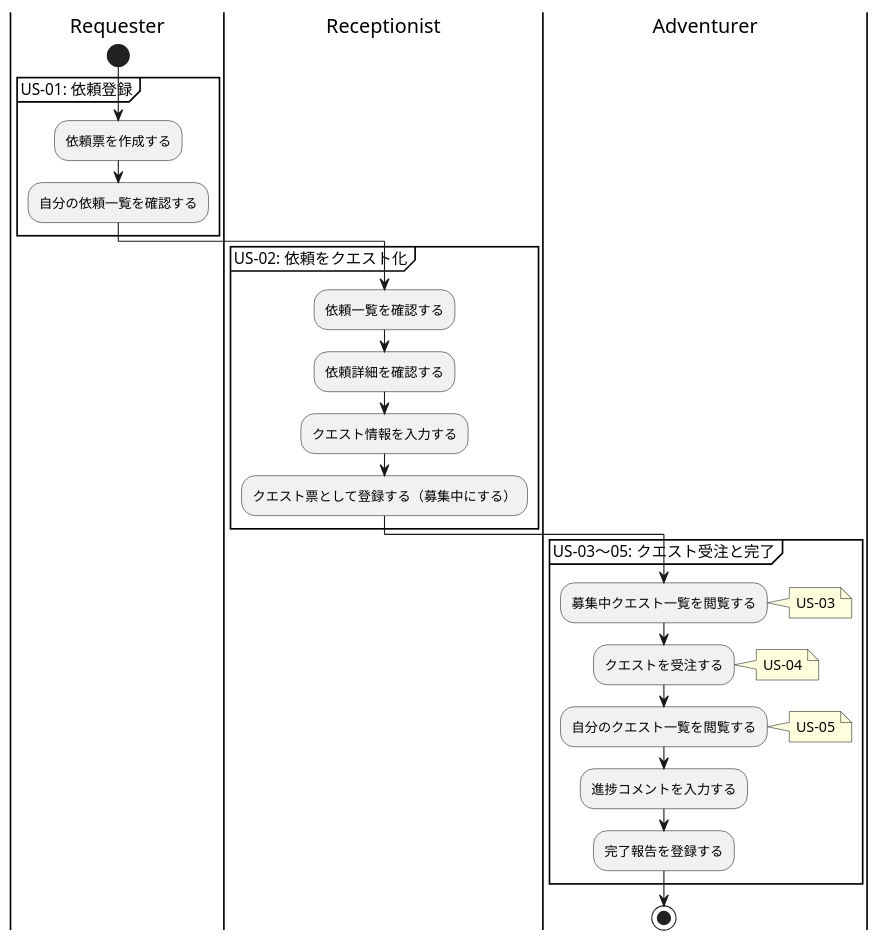
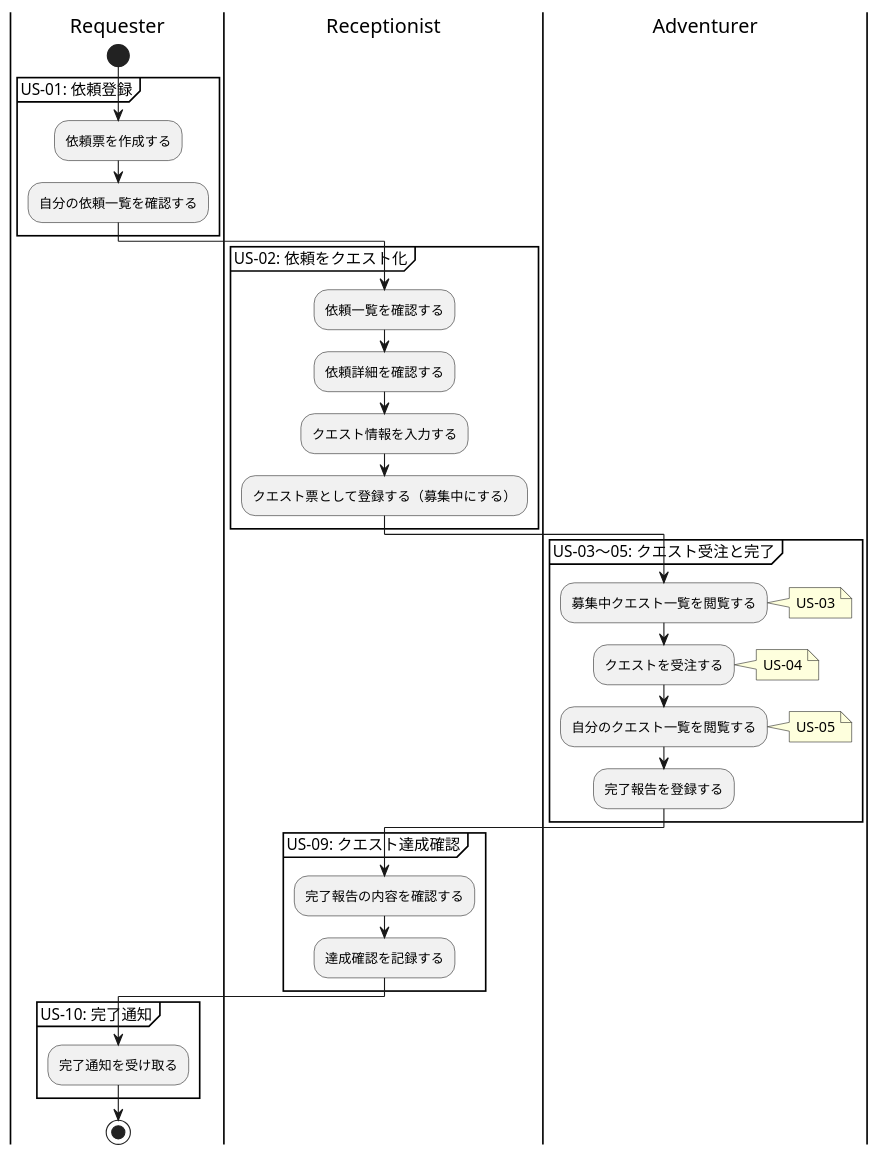
The first of 2 diagrams in docs/isekai-quest-agency.adoc (kazurego7/isekai-quest-agency), drawn with PlantUML before and after one commit. The commit also changed other lines of this file, not shown here.

Commit message:
Update user stories and flow wording

```diff
--- a/docs/isekai-quest-agency.adoc
+++ b/docs/isekai-quest-agency.adoc
@@ -97,39 +117,49 @@
 [plantuml, target="story-swimlane-quest", format="svg"]
 ----
 @startuml
 
 |Requester|
 start
 group US-01: 依頼登録
   :依頼票を作成する;
   :自分の依頼一覧を確認する;
 end group
 
 |Receptionist|
 group US-02: 依頼をクエスト化
   :依頼一覧を確認する;
   :依頼詳細を確認する;
   :クエスト情報を入力する;
   :クエスト票として登録する（募集中にする）;
 end group
 
 |Adventurer|
 group US-03〜05: クエスト受注と完了
   :募集中クエスト一覧を閲覧する;
     note right
         US-03
     end note
   :クエストを受注する;
     note right
         US-04
     end note
   :自分のクエスト一覧を閲覧する;
     note right
         US-05
     end note
-  :進捗コメントを入力する;
   :完了報告を登録する;
+end group
+
+|Receptionist|
+group US-09: クエスト達成確認
+  :完了報告の内容を確認する;
+  :達成確認を記録する;
+end group
+
+|Requester|
+group US-10: 完了通知
+  :完了通知を受け取る;
 end group
 stop
 @enduml
 ----
```
